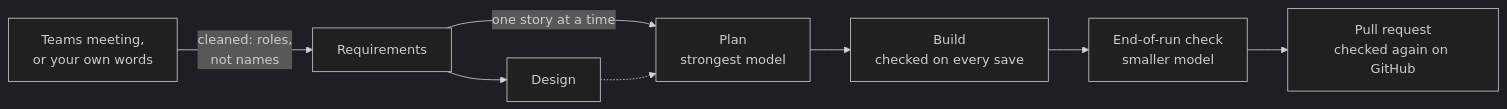
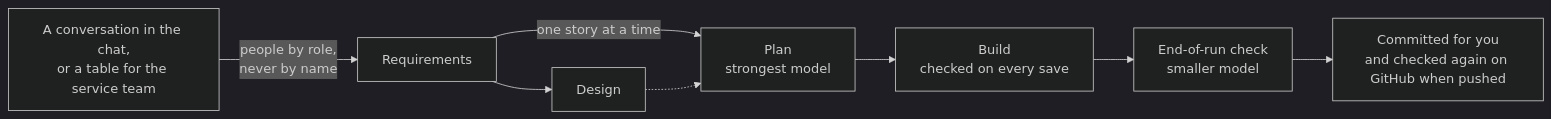
Before and after one commit to dbraben/lbbexley-ai-build-workshop: the diagram in README.md, drawn with Mermaid (dark theme). The commit also changed other lines of this file and 32 other files, not shown here.

Commit message:
Bexley AI build harness workshop 0.4.0: the questions in the chat, and no Git steps

````diff
--- a/README.md
+++ b/README.md
@@ -23,10 +23,10 @@
 ```mermaid
 flowchart LR
-    meeting["Teams meeting,<br/>or your own words"] -- "cleaned: roles,<br/>not names" --> req["Requirements"]
+    talk["A conversation in the chat,<br/>or a table for the service team"] -- "people by role,<br/>never by name" --> req["Requirements"]
     req --> design["Design"]
     req -- "one story at a time" --> plan["Plan<br/>strongest model"]
     design -.-> plan
     plan --> build["Build<br/>checked on every save"]
     build --> check["End-of-run check<br/>smaller model"]
-    check --> pr["Pull request<br/>checked again on GitHub"]
+    check --> save["Committed for you<br/>and checked again on GitHub when pushed"]
 ```
````
